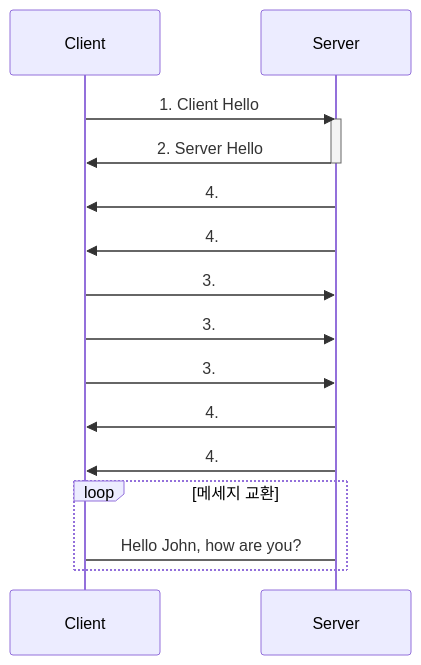
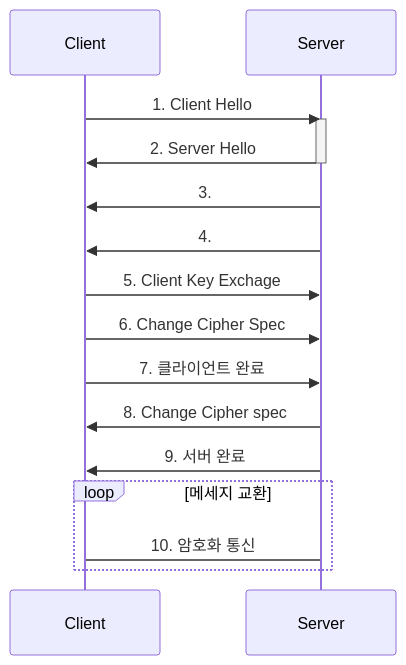
Before and after one commit to 1sonjm/1sonjm.github.io: the diagram in _posts/develop/etc/2019-02-12-TLS.md, drawn with Mermaid. The commit also changed other lines of this file, not shown here.

Commit message:
_posts/develop/etc/2019-02-12-TLS.md updated from https://stackedit.io/

````diff
--- a/_posts/develop/etc/2019-02-12-TLS.md
+++ b/_posts/develop/etc/2019-02-12-TLS.md
@@ -12,17 +12,17 @@
 ```mermaid
 sequenceDiagram
     Client->>Server: 1. Client Hello
     activate Server
     Server->>Client: 2. Server Hello
     deactivate Server
+    Server->>Client: 3. 
     Server->>Client: 4. 
-    Server->>Client: 4. 
-    Client->>Server: 3. 
-    Client->>Server: 3. 
-    Client->>Server: 3. 
-    Server->>Client: 4. 
-    Server->>Client: 4. 
+    Client->>Server: 5. Client Key Exchage
+    Client->>Server: 6. Change Cipher Spec
+    Client->>Server: 7. 클라이언트 완료
+    Server->>Client: 8. Change Cipher spec
+    Server->>Client: 9. 서버 완료
     loop 메세지 교환
-    Server->Client: Hello John, how are you?
+    Server->Client: 10. 암호화 통신
     end
 ```
````
